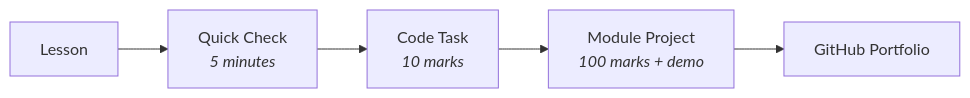
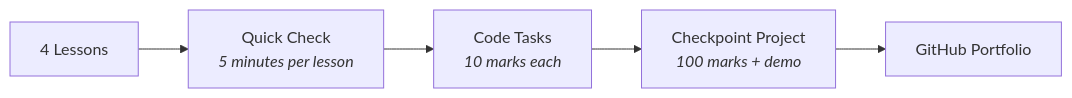
Before and after one commit to RAR8812/python-ai: the fourth of 5 diagrams in README.md, drawn with Mermaid. The commit also changed other lines of this file and 16 other files, not shown here.

````diff
--- a/README.md
+++ b/README.md
@@ -167,7 +167,7 @@
 ```mermaid
 flowchart LR
-    L["Lesson"] --> Q["Quick Check<br/><i>5 minutes</i>"]
-    Q --> T["Code Task<br/><i>10 marks</i>"]
-    T --> P["Module Project<br/><i>100 marks + demo</i>"]
+    L["4 Lessons"] --> Q["Quick Check<br/><i>5 minutes per lesson</i>"]
+    Q --> T["Code Tasks<br/><i>10 marks each</i>"]
+    T --> P["Checkpoint Project<br/><i>100 marks + demo</i>"]
     P --> G["GitHub Portfolio"]
 ```
````
